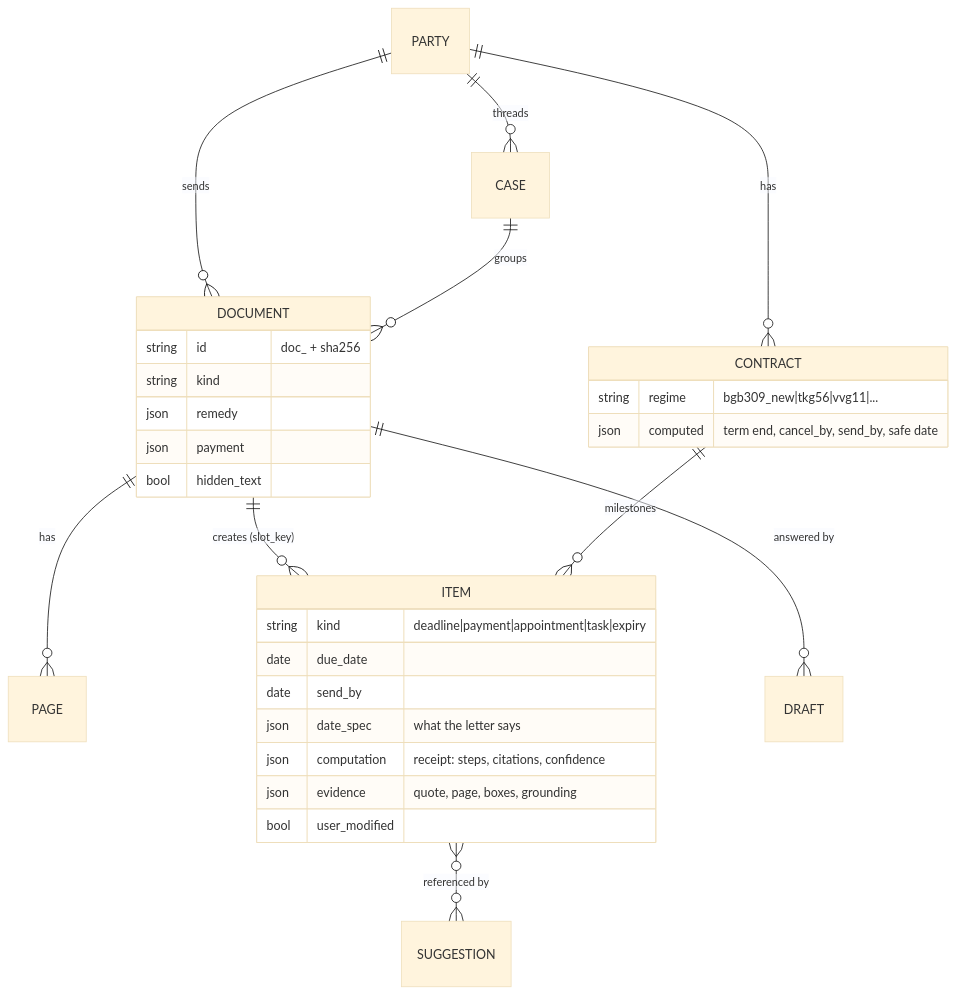
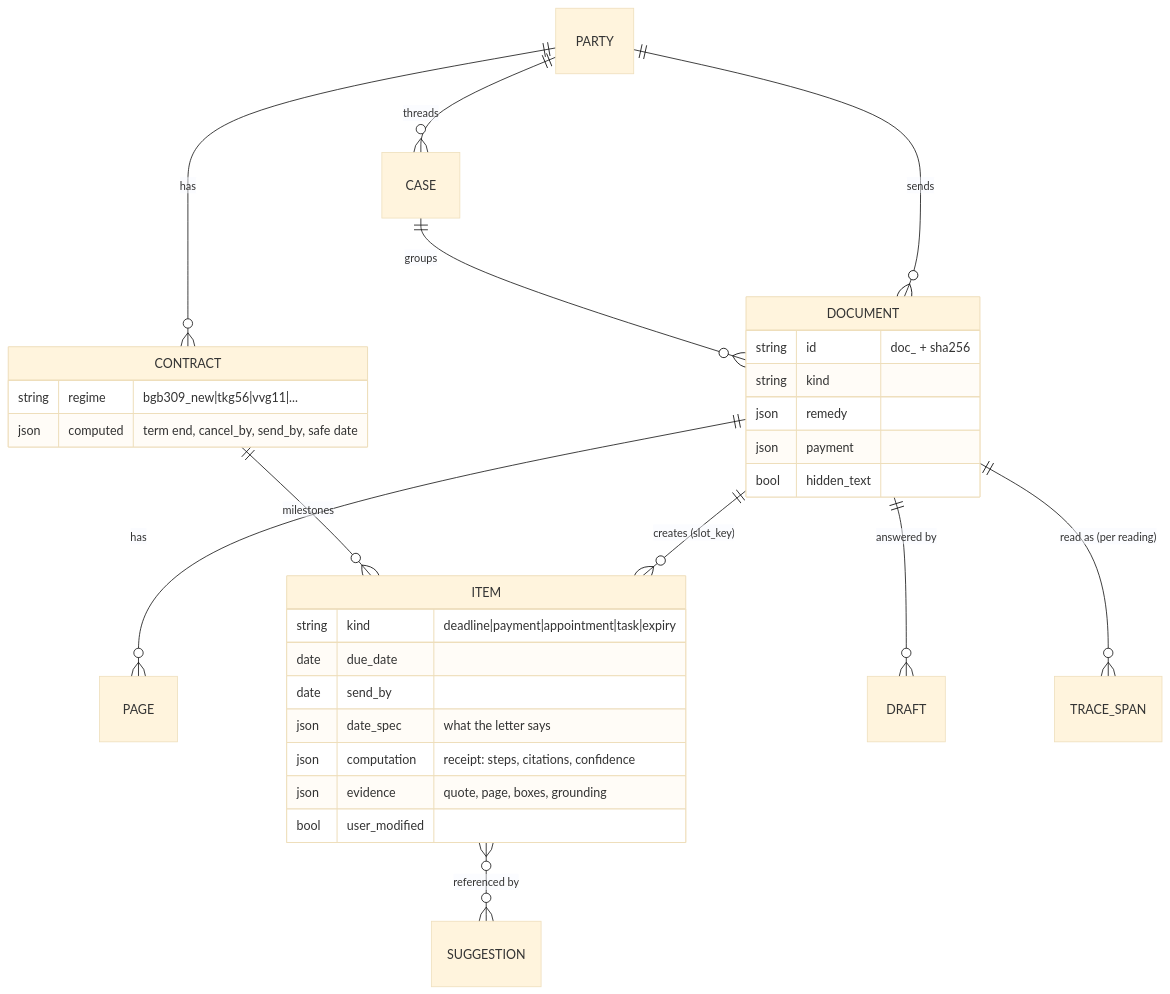
Before and after one commit to ahmedEid1/ordnung: the sixth of 6 diagrams in docs/architecture.md, drawn with Mermaid (base theme). The commit also changed other lines of this file and 26 other files, not shown here.

````diff
--- a/docs/architecture.md
+++ b/docs/architecture.md
@@ -180,32 +227,33 @@
 ```mermaid
 erDiagram
   PARTY ||--o{ DOCUMENT : sends
   PARTY ||--o{ CONTRACT : "has"
   PARTY ||--o{ CASE : "threads"
   CASE ||--o{ DOCUMENT : groups
   DOCUMENT ||--o{ PAGE : has
   DOCUMENT ||--o{ ITEM : "creates (slot_key)"
   CONTRACT ||--o{ ITEM : "milestones"
   ITEM }o--o{ SUGGESTION : "referenced by"
   DOCUMENT ||--o{ DRAFT : "answered by"
+  DOCUMENT ||--o{ TRACE_SPAN : "read as (per reading)"
   DOCUMENT {
     string id "doc_ + sha256"
     string kind
     json remedy
     json payment
     bool hidden_text
   }
   ITEM {
     string kind "deadline|payment|appointment|task|expiry"
     date due_date
     date send_by
     json date_spec "what the letter says"
     json computation "receipt: steps, citations, confidence"
     json evidence "quote, page, boxes, grounding"
     bool user_modified
   }
   CONTRACT {
     string regime "bgb309_new|tkg56|vvg11|..."
     json computed "term end, cancel_by, send_by, safe date"
   }
 ```
````
